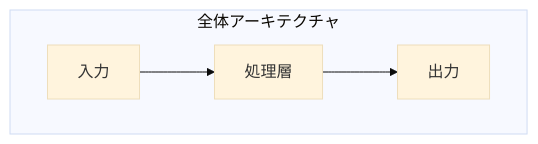
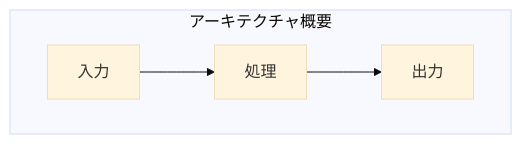
The first of 2 diagrams in library/dev-templates/EDUCATION_TEMPLATE.md (utanutan/project-template-dev), drawn with Mermaid (base theme) before and after one commit. The commit also changed other lines of this file and 2 other files, not shown here.

````diff
--- a/library/dev-templates/EDUCATION_TEMPLATE.md
+++ b/library/dev-templates/EDUCATION_TEMPLATE.md
@@ -52,7 +41,7 @@
 ```mermaid
 flowchart TB
-    subgraph "全体アーキテクチャ"
-        A[入力] --> B[処理層]
+    subgraph "アーキテクチャ概要"
+        A[入力] --> B[処理]
         B --> C[出力]
     end
 ```
````
